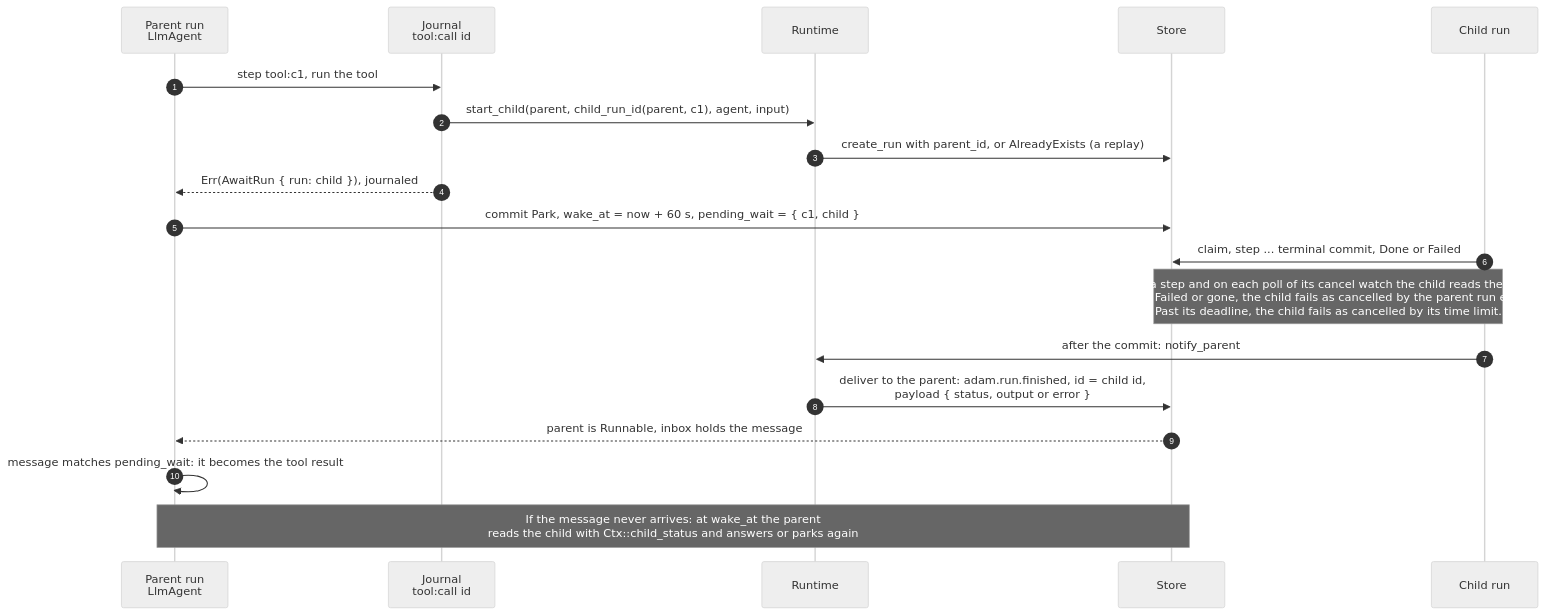
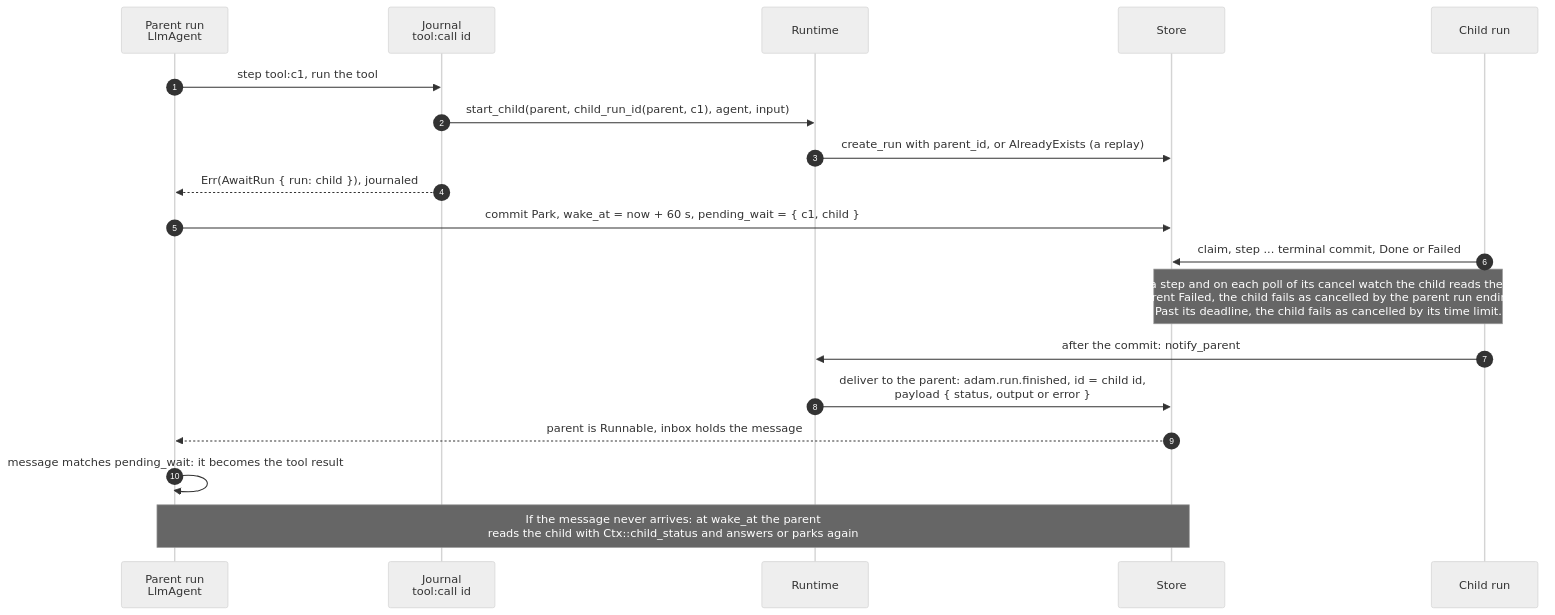
Before and after one commit to vymalo/another-adam-rs: diagram 17 of 19 in docs/architecture.md, drawn with Mermaid (neutral theme). The commit also changed other lines of this file and 7 other files, not shown here.

````diff
--- a/docs/architecture.md
+++ b/docs/architecture.md
@@ -976,22 +979,22 @@
 ```mermaid
 sequenceDiagram
     autonumber
     participant P as Parent run<br/>LlmAgent
     participant J as Journal<br/>tool:call id
     participant R as Runtime
     participant DB as Store
     participant C as Child run
 
     P->>J: step tool:c1, run the tool
     J->>R: start_child(parent, child_run_id(parent, c1), agent, input)
     R->>DB: create_run with parent_id, or AlreadyExists (a replay)
     J-->>P: Err(AwaitRun { run: child }), journaled
     P->>DB: commit Park, wake_at = now + 60 s, pending_wait = { c1, child }
     C->>DB: claim, step ... terminal commit, Done or Failed
-    Note over C,DB: before a step and on each poll of its cancel watch the child reads the parent.<br/>Parent Failed or gone, the child fails as cancelled by the parent run ending.<br/>Past its deadline, the child fails as cancelled by its time limit.
+    Note over C,DB: before a step and on each poll of its cancel watch the child reads the parent.<br/>Parent Failed, the child fails as cancelled by the parent run ending.<br/>Past its deadline, the child fails as cancelled by its time limit.
     C->>R: after the commit: notify_parent
     R->>DB: deliver to the parent: adam.run.finished, id = child id,<br/>payload { status, output or error }
     DB-->>P: parent is Runnable, inbox holds the message
     P->>P: message matches pending_wait: it becomes the tool result
     Note over P,DB: If the message never arrives: at wake_at the parent<br/>reads the child with Ctx::child_status and answers or parks again
 ```
````
